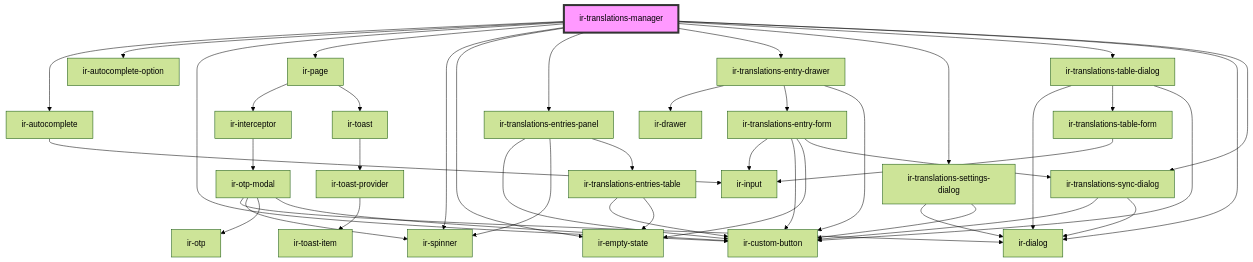
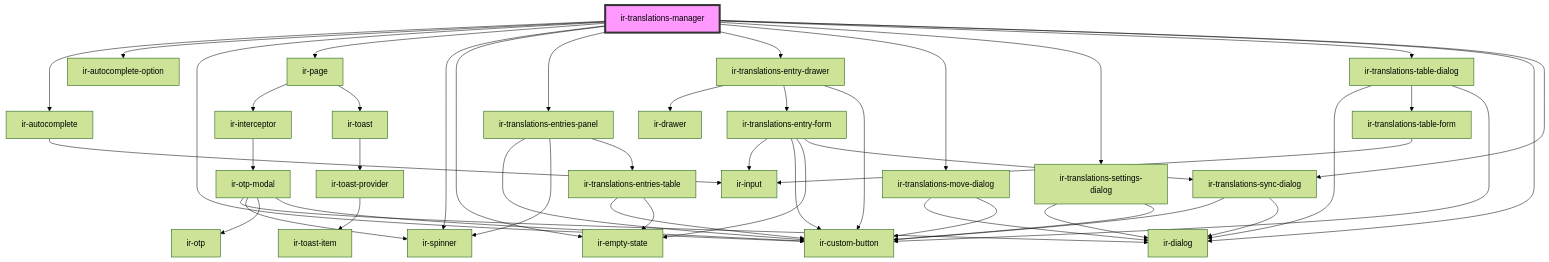
One commit to RonyRizk/ir-webcmp changed the diagram in src/components/ir-translations-manager/readme.md. Above: the diagram before and after it, drawn with Mermaid (forest theme). The commit also changed other lines of this file and 857 other files, not shown here.

````diff
--- a/src/components/ir-translations-manager/readme.md
+++ b/src/components/ir-translations-manager/readme.md
@@ -33,46 +34,49 @@
 ```mermaid
 graph TD;
   ir-translations-manager --> ir-autocomplete
   ir-translations-manager --> ir-autocomplete-option
   ir-translations-manager --> ir-custom-button
   ir-translations-manager --> ir-page
   ir-translations-manager --> ir-spinner
   ir-translations-manager --> ir-empty-state
   ir-translations-manager --> ir-translations-entries-panel
   ir-translations-manager --> ir-translations-entry-drawer
+  ir-translations-manager --> ir-translations-move-dialog
   ir-translations-manager --> ir-translations-settings-dialog
   ir-translations-manager --> ir-translations-table-dialog
   ir-translations-manager --> ir-dialog
   ir-translations-manager --> ir-translations-sync-dialog
   ir-autocomplete --> ir-input
   ir-page --> ir-interceptor
   ir-page --> ir-toast
   ir-interceptor --> ir-otp-modal
   ir-otp-modal --> ir-dialog
   ir-otp-modal --> ir-spinner
   ir-otp-modal --> ir-otp
   ir-otp-modal --> ir-custom-button
   ir-toast --> ir-toast-provider
   ir-toast-provider --> ir-toast-item
   ir-translations-entries-panel --> ir-custom-button
   ir-translations-entries-panel --> ir-spinner
   ir-translations-entries-panel --> ir-translations-entries-table
   ir-translations-entries-table --> ir-custom-button
   ir-translations-entries-table --> ir-empty-state
   ir-translations-entry-drawer --> ir-drawer
   ir-translations-entry-drawer --> ir-translations-entry-form
   ir-translations-entry-drawer --> ir-custom-button
   ir-translations-entry-form --> ir-input
   ir-translations-entry-form --> ir-custom-button
   ir-translations-entry-form --> ir-empty-state
   ir-translations-entry-form --> ir-translations-sync-dialog
   ir-translations-sync-dialog --> ir-custom-button
   ir-translations-sync-dialog --> ir-dialog
+  ir-translations-move-dialog --> ir-dialog
+  ir-translations-move-dialog --> ir-custom-button
   ir-translations-settings-dialog --> ir-dialog
   ir-translations-settings-dialog --> ir-custom-button
   ir-translations-table-dialog --> ir-dialog
   ir-translations-table-dialog --> ir-translations-table-form
   ir-translations-table-dialog --> ir-custom-button
   ir-translations-table-form --> ir-input
   style ir-translations-manager fill:#f9f,stroke:#333,stroke-width:4px
 ```
````
